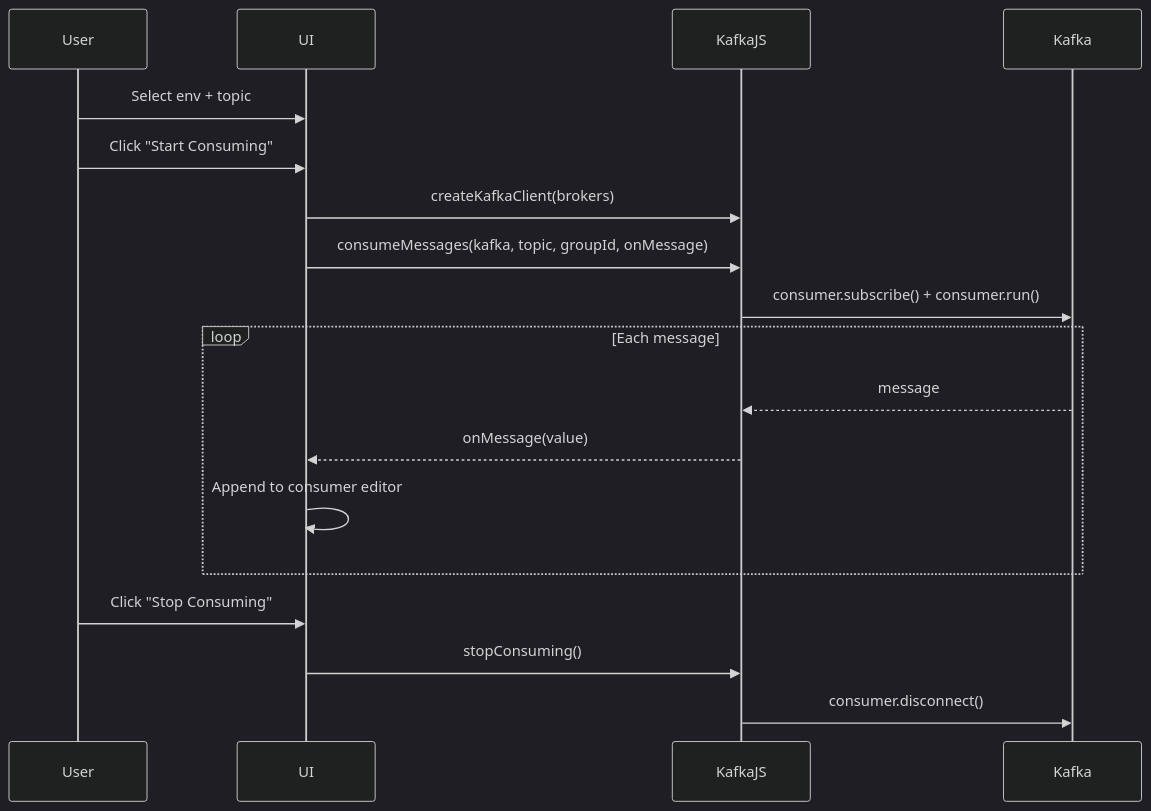
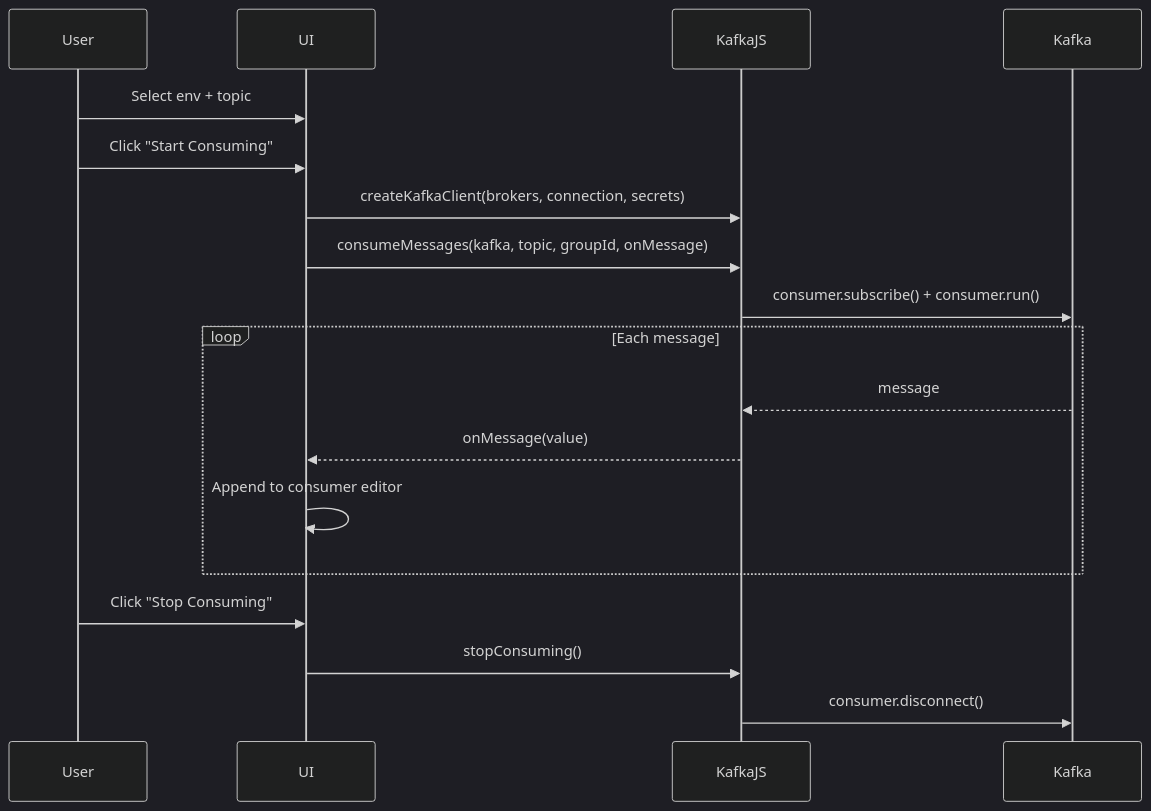
The third of 4 diagrams in README.md (DilshanPGN/kafka-safe-stream), drawn with Mermaid (dark theme) before and after one commit. The commit also changed other lines of this file and 9 other files, not shown here.

````diff
--- a/README.md
+++ b/README.md
@@ -89,21 +89,21 @@
 ```mermaid
 sequenceDiagram
     participant User
     participant UI
     participant KafkaJS
     participant Kafka
 
     User->>UI: Select env + topic
     User->>UI: Click "Start Consuming"
-    UI->>KafkaJS: createKafkaClient(brokers)
+    UI->>KafkaJS: createKafkaClient(brokers, connection, secrets)
     UI->>KafkaJS: consumeMessages(kafka, topic, groupId, onMessage)
     KafkaJS->>Kafka: consumer.subscribe() + consumer.run()
     loop Each message
         Kafka-->>KafkaJS: message
         KafkaJS-->>UI: onMessage(value)
         UI->>UI: Append to consumer editor
     end
     User->>UI: Click "Stop Consuming"
     UI->>KafkaJS: stopConsuming()
     KafkaJS->>Kafka: consumer.disconnect()
 ```
````
